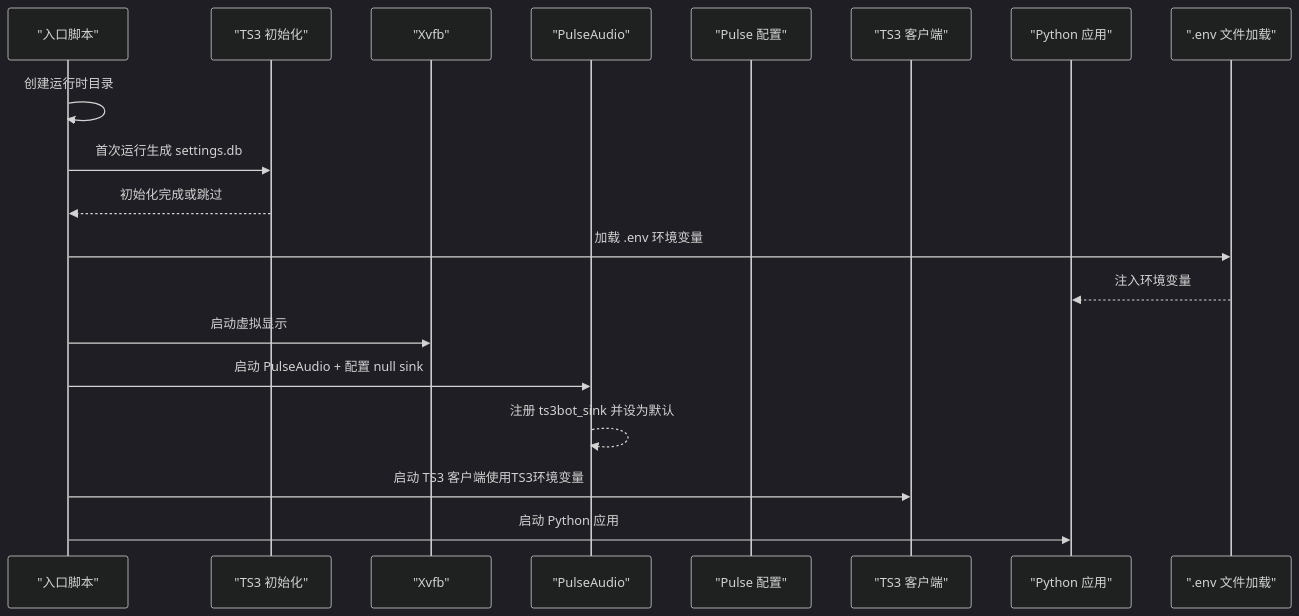
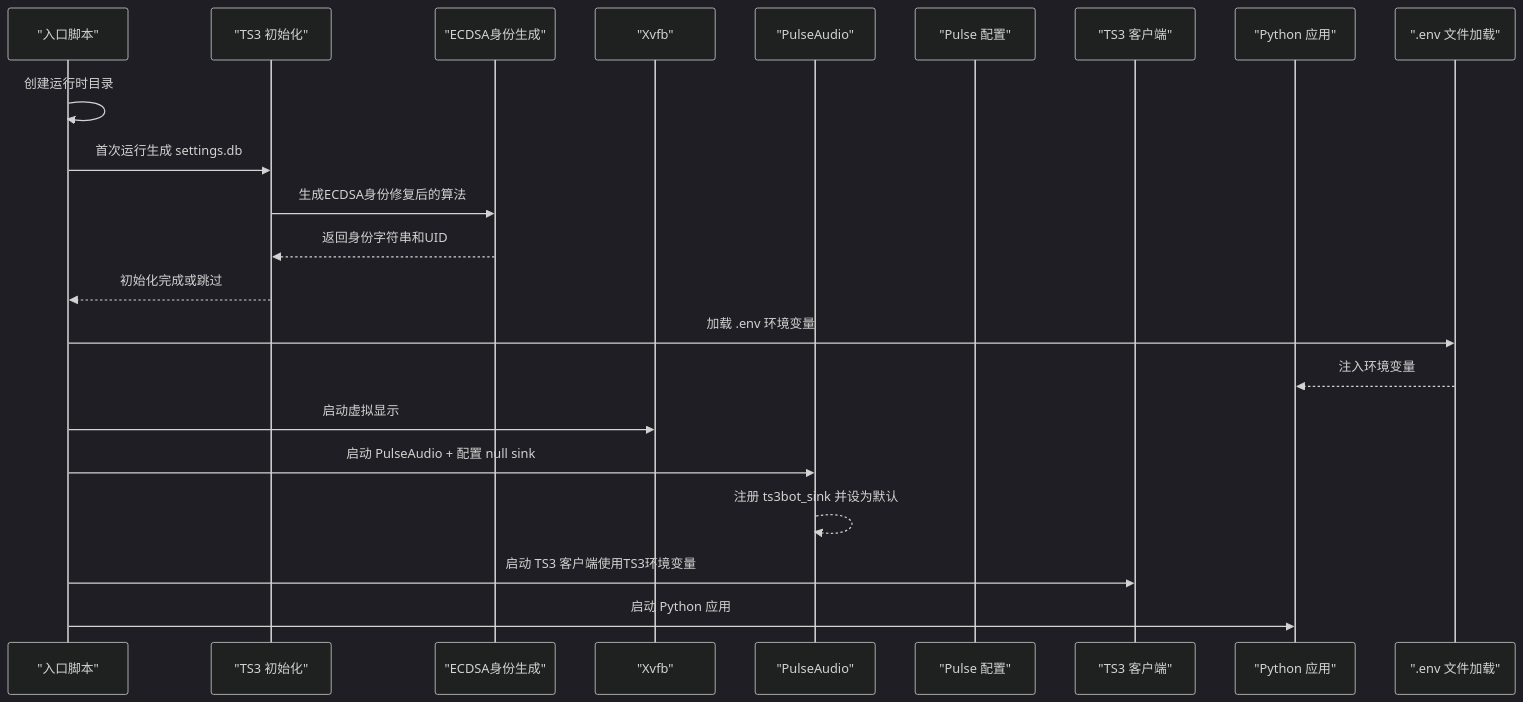
One commit to GhoulOwl/Teamspeak3_Bot changed the second of 8 diagrams in .qoder/repowiki/zh/content/部署和运维/环境配置.md. Above: the diagram before and after it, drawn with Mermaid (dark theme). The commit also changed other lines of this file and 12 other files, not shown here.

````diff
--- a/.qoder/repowiki/zh/content/部署和运维/环境配置.md
+++ b/.qoder/repowiki/zh/content/部署和运维/环境配置.md
@@ -127,21 +133,24 @@
 ```mermaid
 sequenceDiagram
 participant Entrypoint as "入口脚本"
 participant Init as "TS3 初始化"
+participant GenId as "ECDSA身份生成"
 participant Xvfb as "Xvfb"
 participant Pulse as "PulseAudio"
 participant Setup as "Pulse 配置"
 participant TS3 as "TS3 客户端"
 participant Bot as "Python 应用"
 participant DotEnv as ".env 文件加载"
 Entrypoint->>Entrypoint : 创建运行时目录
 Entrypoint->>Init : 首次运行生成 settings.db
+Init->>GenId : 生成ECDSA身份修复后的算法
+GenId-->>Init : 返回身份字符串和UID
 Init-->>Entrypoint : 初始化完成或跳过
 Entrypoint->>DotEnv : 加载 .env 环境变量
 DotEnv-->>Bot : 注入环境变量
 Entrypoint->>Xvfb : 启动虚拟显示
 Entrypoint->>Pulse : 启动 PulseAudio + 配置 null sink
 Pulse-->>Pulse : 注册 ts3bot_sink 并设为默认
 Entrypoint->>TS3 : 启动 TS3 客户端使用TS3环境变量
 Entrypoint->>Bot : 启动 Python 应用
 ```
````
